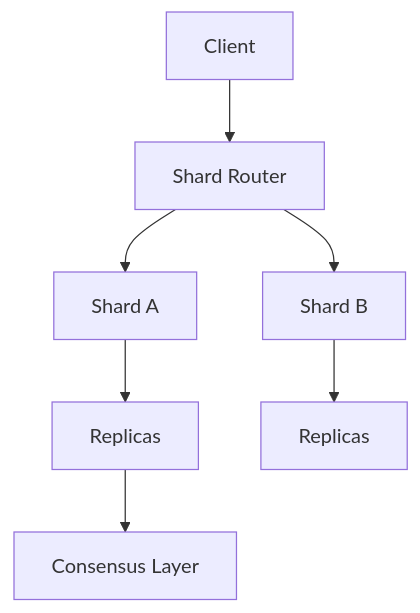
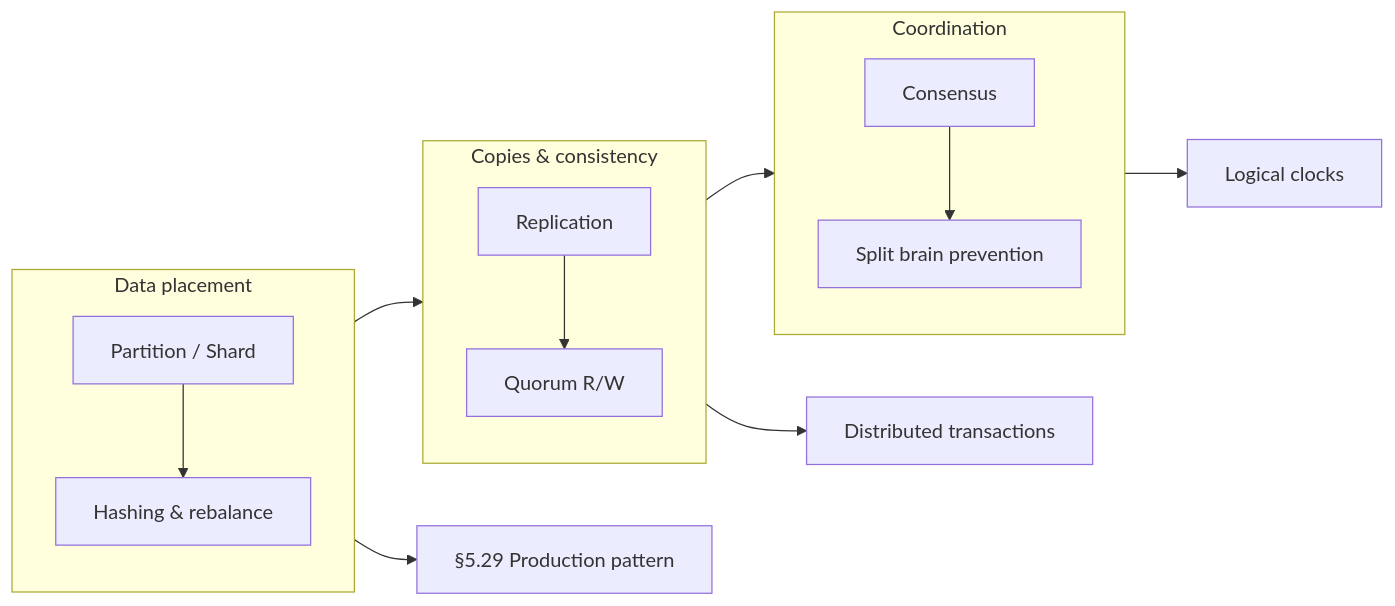
One commit to hareramcse/SystemDesign changed the first of 44 diagrams in 05-distributed-databases/README.md. Above: the diagram before and after it, drawn with Mermaid. The commit also changed other lines of this file, not shown here.

````diff
--- a/05-distributed-databases/README.md
+++ b/05-distributed-databases/README.md
@@ -57,9 +15,16 @@
 ```mermaid
-flowchart TB
-    Client --> Router[Shard Router]
-    Router --> S1[Shard A]
-    Router --> S2[Shard B]
-    S1 --> R1[Replicas]
-    S2 --> R2[Replicas]
-    R1 --> Consensus[Consensus Layer]
+flowchart LR
+    subgraph placement [Data placement]
+        P[Partition / Shard] --> H[Hashing & rebalance]
+    end
+    subgraph copies [Copies & consistency]
+        R[Replication] --> Q[Quorum R/W]
+    end
+    subgraph coord [Coordination]
+        C[Consensus] --> SB[Split brain prevention]
+    end
+    placement --> copies --> coord
+    copies --> TX[Distributed transactions]
+    coord --> LC[Logical clocks]
+    placement --> PROD[§5.29 Production pattern]
 ```
````
